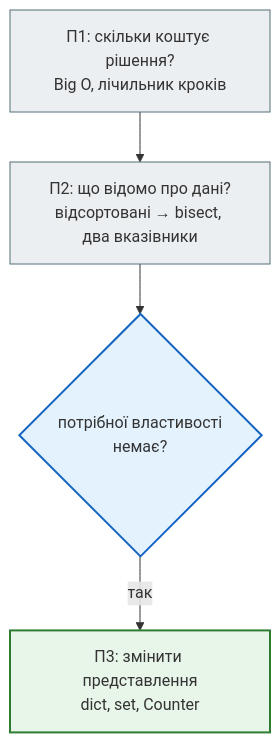
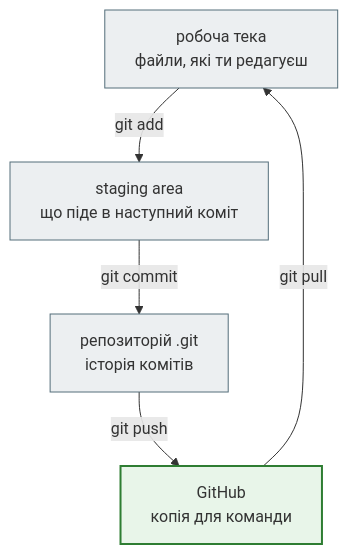
The second of 4 diagrams in docs/modules/m1/lesson_16.md (AlinaRadchenko/PY-Course-Victor-Nikoriak-22-09-2026), drawn with Mermaid before and after one commit. The commit also changed other lines of this file and 1846 other files, not shown here.

````diff
--- a/docs/modules/m1/lesson_16.md
+++ b/docs/modules/m1/lesson_16.md
@@ -37,16 +89,16 @@
 ```mermaid
 flowchart TD
     classDef step     fill:#eceff1,stroke:#546e7a,stroke-width:1px;
     classDef decision fill:#e3f2fd,stroke:#1565c0,stroke-width:2px;
     classDef success  fill:#e8f5e9,stroke:#2e7d32,stroke-width:2px;
     classDef error    fill:#ffebee,stroke:#c62828,stroke-width:3px;
     classDef warning  fill:#fff8e1,stroke:#e65100,stroke-width:2px;
 
-    P1["П1: скільки коштує рішення?<br>Big O, лічильник кроків"] --> P2["П2: що відомо про дані?<br>відсортовані → bisect, два вказівники"]
-    P2 --> Q{"потрібної властивості<br>немає?"}
-    Q -- "так" --> P3["П3: змінити представлення<br>dict, set, Counter"]
+    W["робоча тека<br>файли, які ти редагуєш"] -- "git add" --> S["staging area<br>що піде в наступний коміт"]
+    S -- "git commit" --> R["репозиторій .git<br>історія комітів"]
+    R -- "git push" --> G["GitHub<br>копія для команди"]
+    G -- "git pull" --> W
 
-    class P1,P2 step
-    class Q decision
-    class P3 success
+    class W,S,R step
+    class G success
 ```
````
